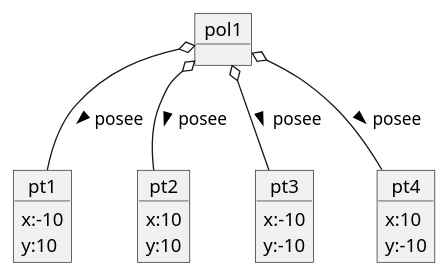
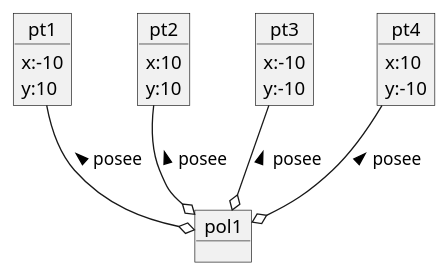
One commit to samuug/EntregaUML_SamuelGIl_RubenRodriguez changed the diagram in ejercicio13.plantuml. Above: the diagram before and after it, drawn with PlantUML. The commit also changed 8 other files, not shown here.

```diff
--- a/ejercicio13.plantuml
+++ b/ejercicio13.plantuml
@@ -1,33 +1,32 @@
 @startuml ejercicio13
 
-object pt1{
+Object pol1{
+}
+
+Object pt1{
   x:-10
   y:10
 }
 
-object pt2{
+Object pt2{
   x:10
   y:10
 }
 
-object pol1{
-
-}
-
-object pt3{
+Object pt3{
   x:-10
   y:-10
 }
 
-object pt4{
+Object pt4{
   x:10
   y:-10
 }
 
-pol1 o-- pt1  :posee >
-pol1 o-- pt2  :posee >
-pol1 o-- pt3  :posee >
-pol1 o-- pt4  :posee >
+pt1 --o pol1  :posee <
+pt2 --o pol1  :posee <
+pt3 --o pol1  :posee <
+pt4 --o pol1  :posee <
 
 
 @enduml
```
